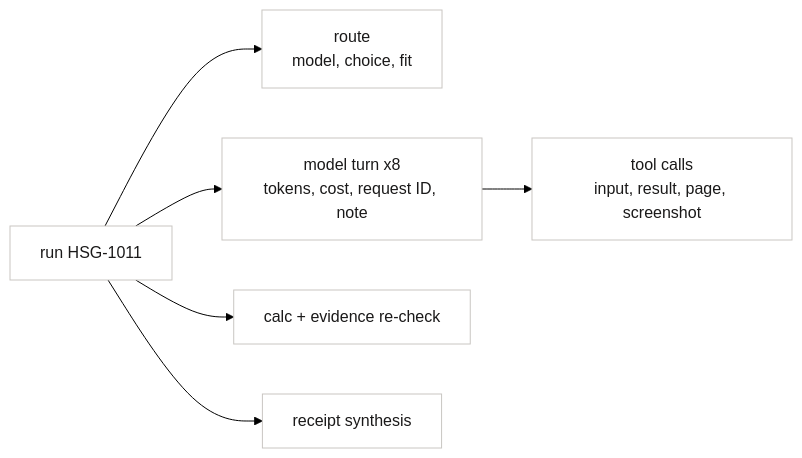
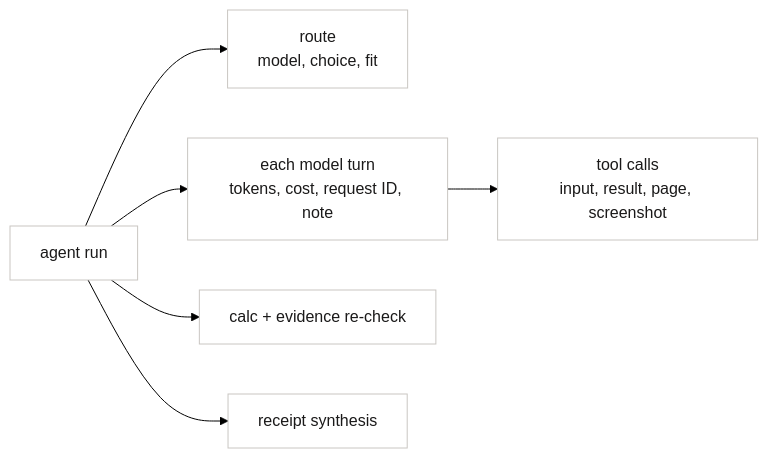
The fifth of 5 diagrams in README.md (sahith-p/ramp-teach), drawn with Mermaid (forest theme) before and after one commit. The commit also changed other lines of this file, not shown here.

````diff
--- a/README.md
+++ b/README.md
@@ -228,9 +226,9 @@
 ```mermaid
 flowchart LR
   classDef f fill:#ffffff,color:#1a1919,stroke:#c9c6c2
-  RUN["run HSG-1011"]:::f --> ROUTE["route<br/>model, choice, fit"]:::f
-  RUN --> TURN["model turn x8<br/>tokens, cost, request ID, note"]:::f
+  RUN["agent run"]:::f --> ROUTE["route<br/>model, choice, fit"]:::f
+  RUN --> TURN["each model turn<br/>tokens, cost, request ID, note"]:::f
   TURN --> TOOL["tool calls<br/>input, result, page, screenshot"]:::f
   RUN --> CHECK["calc + evidence re-check"]:::f
   RUN --> SYN["receipt synthesis"]:::f
 ```
````
